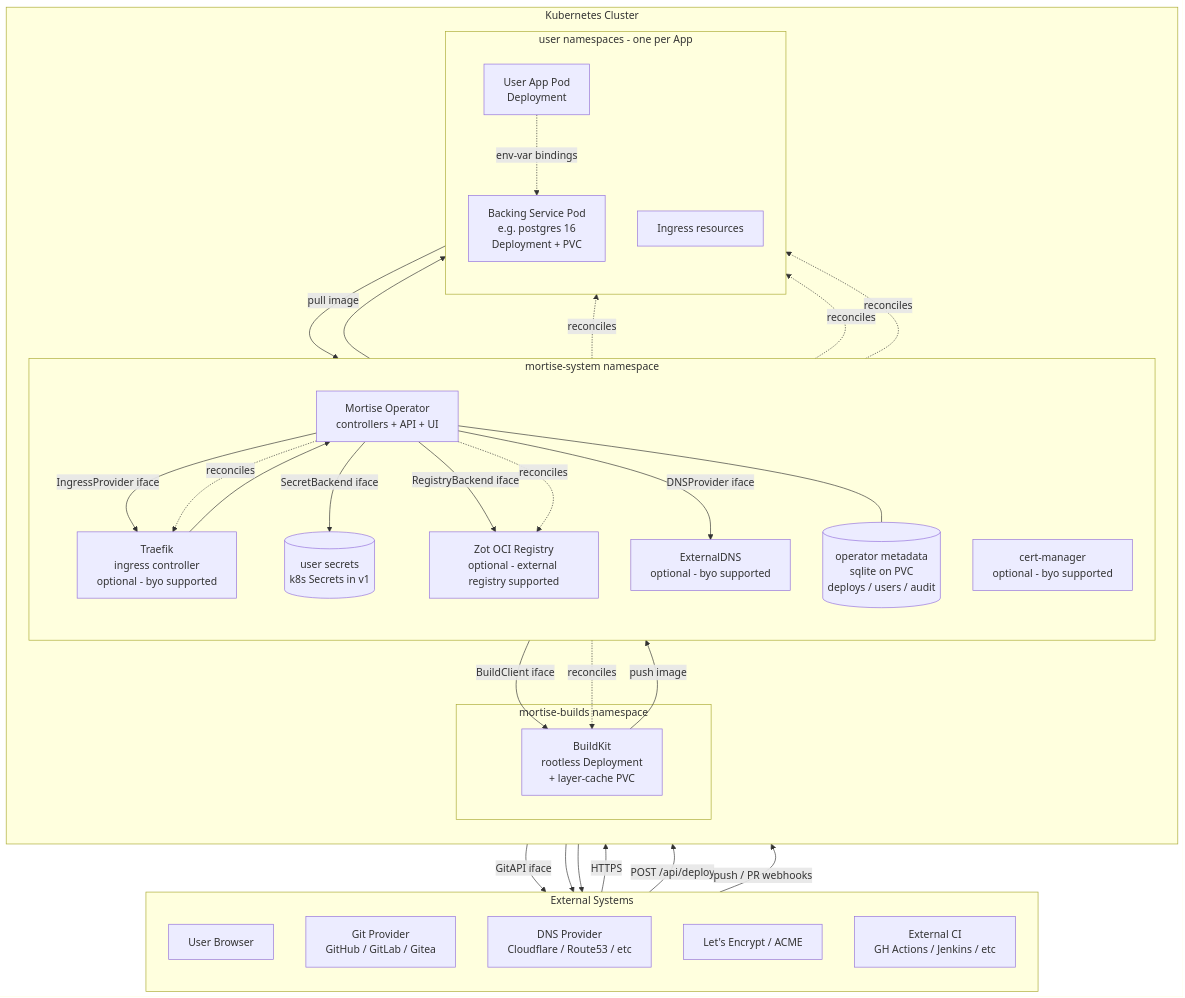
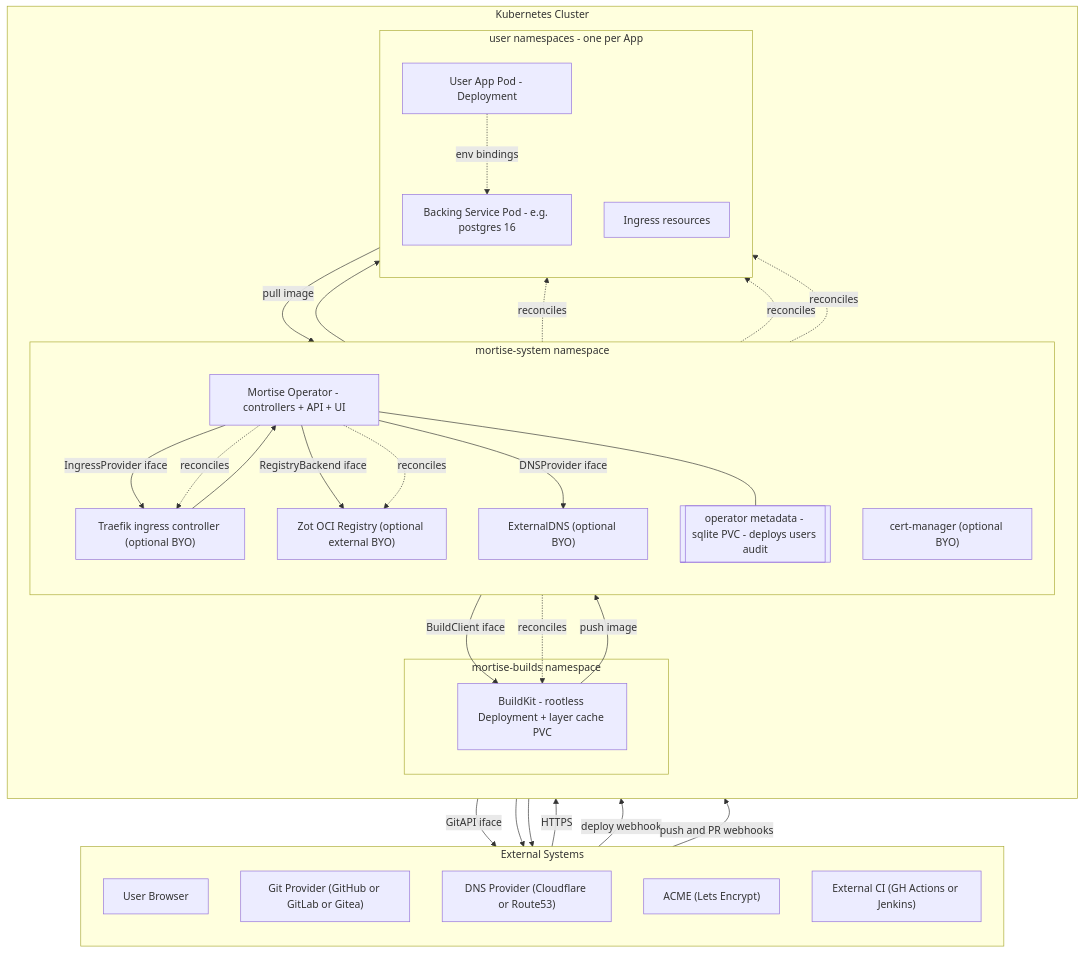
One commit to mortise-org/mortise changed the first of 5 diagrams in ARCHITECTURE.md. Above: the diagram before and after it, drawn with Mermaid. The commit also changed other lines of this file and 1 other file, not shown here.

````diff
--- a/ARCHITECTURE.md
+++ b/ARCHITECTURE.md
@@ -13,67 +13,65 @@
 ```mermaid
 flowchart TB
     subgraph External["External Systems"]
         direction TB
         User["User Browser"]
-        GitHub["Git Provider<br/>GitHub / GitLab / Gitea"]
-        DNSProv["DNS Provider<br/>Cloudflare / Route53 / etc"]
-        ACME["Let's Encrypt / ACME"]
-        CI["External CI<br/>GH Actions / Jenkins / etc"]
+        GitHub["Git Provider (GitHub or GitLab or Gitea)"]
+        DNSProv["DNS Provider (Cloudflare or Route53)"]
+        ACME["ACME (Lets Encrypt)"]
+        CI["External CI (GH Actions or Jenkins)"]
     end
 
     subgraph Cluster["Kubernetes Cluster"]
         direction TB
 
         subgraph SysNS["mortise-system namespace"]
             direction TB
-            Operator["Mortise Operator<br/>controllers + API + UI"]
-            MetaDB[("operator metadata<br/>sqlite on PVC<br/>deploys / users / audit")]
-            SecretStore[("user secrets<br/>k8s Secrets in v1")]
-            Traefik["Traefik<br/>ingress controller<br/>optional - byo supported"]
-            CertMgr["cert-manager<br/>optional - byo supported"]
-            ExtDNS["ExternalDNS<br/>optional - byo supported"]
-            Zot["Zot OCI Registry<br/>optional - external registry supported"]
+            Operator["Mortise Operator - controllers + API + UI"]
+            MetaDB[["operator metadata - sqlite PVC - deploys users audit"]]
+            Traefik["Traefik ingress controller (optional BYO)"]
+            CertMgr["cert-manager (optional BYO)"]
+            ExtDNS["ExternalDNS (optional BYO)"]
+            Zot["Zot OCI Registry (optional external BYO)"]
         end
 
         subgraph BuildNS["mortise-builds namespace"]
-            BuildKit["BuildKit<br/>rootless Deployment<br/>+ layer-cache PVC"]
+            BuildKit["BuildKit - rootless Deployment + layer cache PVC"]
         end
 
         subgraph UserNS["user namespaces - one per App"]
             direction TB
-            AppPod["User App Pod<br/>Deployment"]
-            BackingPod["Backing Service Pod<br/>e.g. postgres 16<br/>Deployment + PVC"]
+            AppPod["User App Pod - Deployment"]
+            BackingPod["Backing Service Pod - e.g. postgres 16"]
             Ing["Ingress resources"]
         end
     end
 
     User -->|HTTPS| Traefik
     Traefik --> AppPod
     Traefik --> Operator
 
-    CI -->|POST /api/deploy| Operator
-    GitHub -->|push / PR webhooks| Operator
+    CI -->|deploy webhook| Operator
+    GitHub -->|push and PR webhooks| Operator
 
     Operator -->|GitAPI iface| GitHub
     Operator -->|BuildClient iface| BuildKit
-    Operator -->|SecretBackend iface| SecretStore
     Operator -->|RegistryBackend iface| Zot
     Operator -->|IngressProvider iface| Traefik
     Operator -->|DNSProvider iface| ExtDNS
     Operator --- MetaDB
 
     BuildKit -->|push image| Zot
     AppPod -->|pull image| Zot
 
     ExtDNS --> DNSProv
     CertMgr --> ACME
 
     Operator -.reconciles.-> AppPod
     Operator -.reconciles.-> BackingPod
     Operator -.reconciles.-> Ing
     Operator -.reconciles.-> Traefik
     Operator -.reconciles.-> BuildKit
     Operator -.reconciles.-> Zot
 
-    AppPod -.env-var bindings.-> BackingPod
+    AppPod -.env bindings.-> BackingPod
 ```
````
